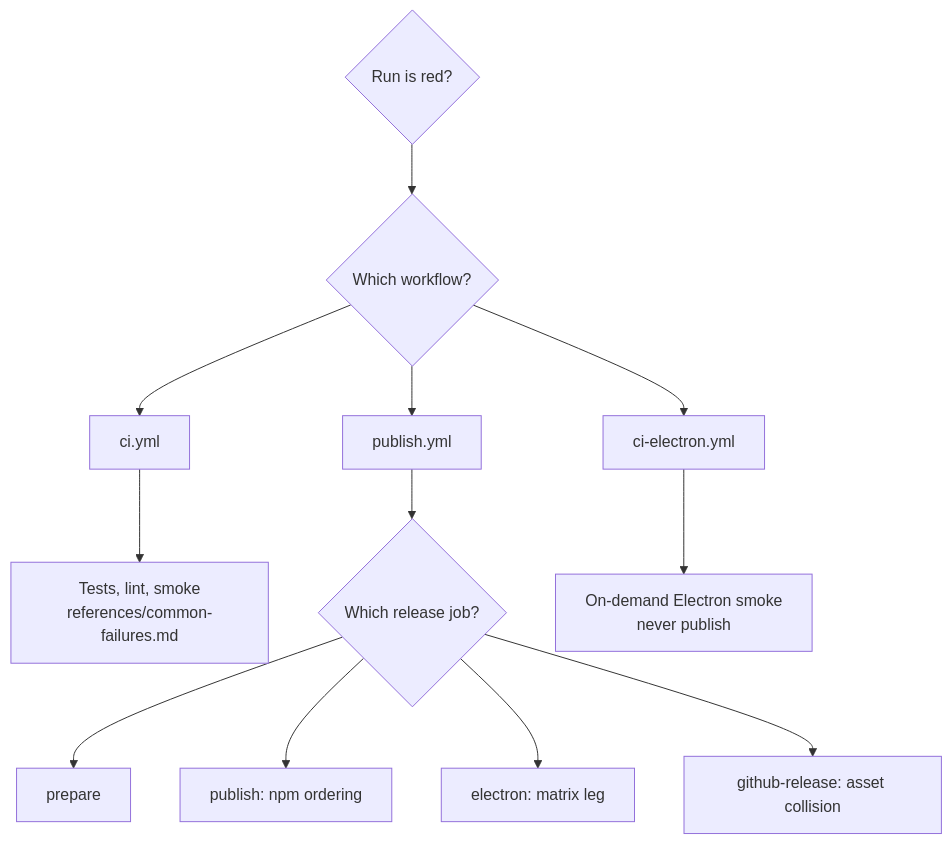
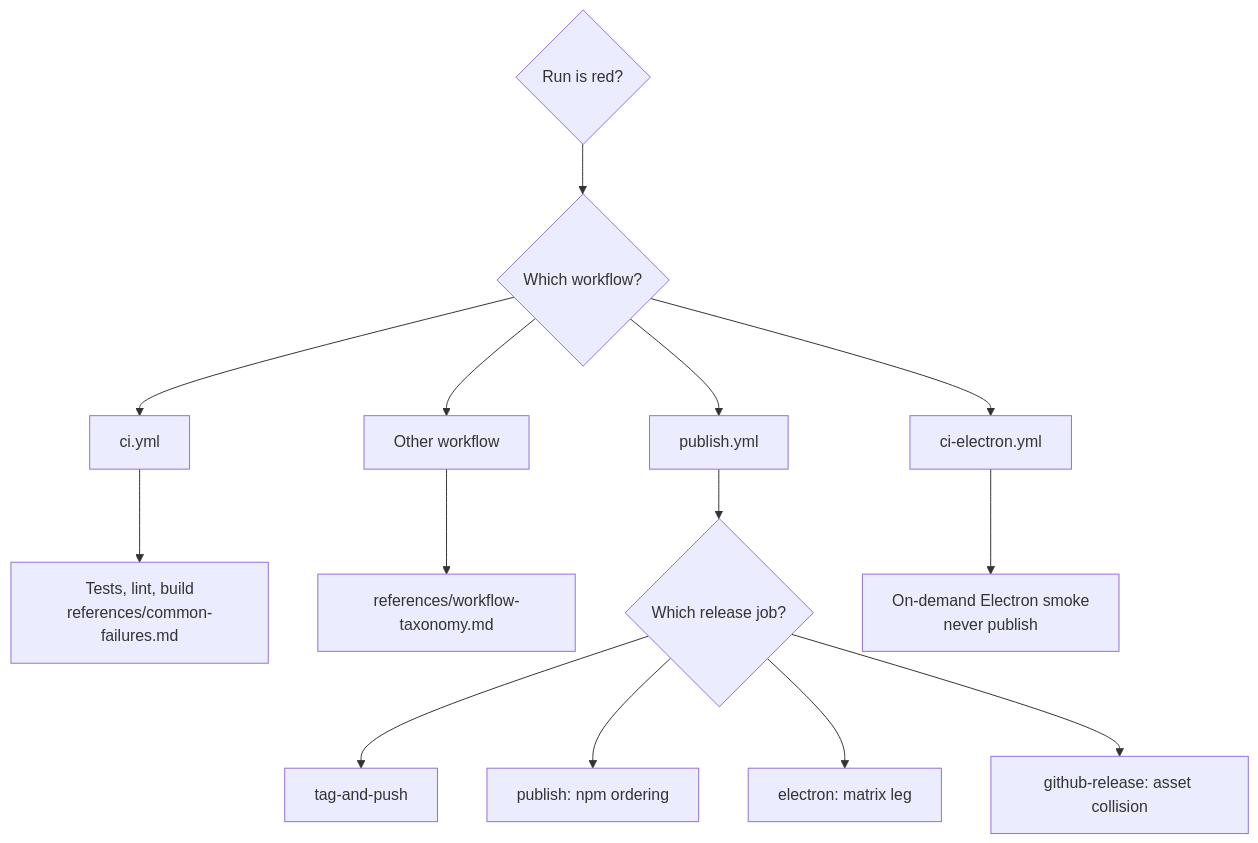
Before and after one commit to BlackBeltTechnology/pi-agent-dashboard: the second of 3 diagrams in .pi/skills/ci-troubleshoot/SKILL.md, drawn with Mermaid. The commit also changed other lines of this file and 13 other files, not shown here.

````diff
--- a/.pi/skills/ci-troubleshoot/SKILL.md
+++ b/.pi/skills/ci-troubleshoot/SKILL.md
@@ -48,14 +41,16 @@
 ```mermaid
 flowchart TD
   red{Run is red?} --> workflow{Which workflow?}
   workflow --> ci[ci.yml]
   workflow --> publish[publish.yml]
   workflow --> electron[ci-electron.yml]
-  ci --> common[Tests, lint, smoke<br/>references/common-failures.md]
+  workflow --> other[Other workflow]
+  ci --> common[Tests, lint, build<br/>references/common-failures.md]
+  other --> taxonomy[references/workflow-taxonomy.md]
   publish --> releaseJob{Which release job?}
-  releaseJob --> prepare[prepare]
+  releaseJob --> tag[tag-and-push]
   releaseJob --> npmOrder[publish: npm ordering]
   releaseJob --> matrix[electron: matrix leg]
   releaseJob --> assets[github-release: asset collision]
   electron --> smoke[On-demand Electron smoke<br/>never publish]
 ```
````
